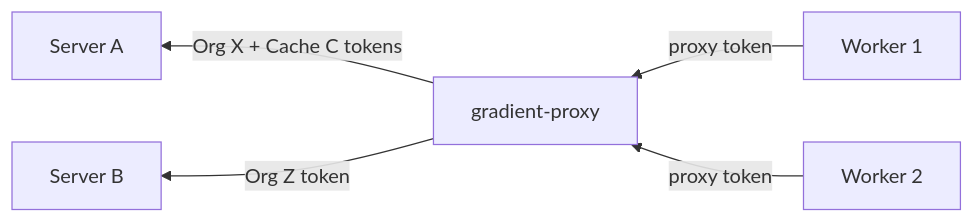
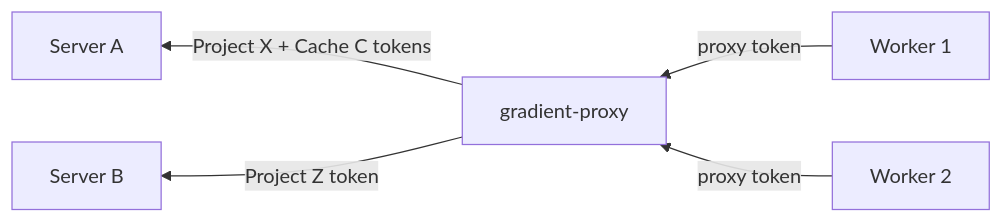
Diagram 21 of 26 in docs/src/development/proto.md (wavelens/gradient), drawn with Mermaid before and after one commit. The commit also changed other lines of this file and 435 other files, not shown here.

````diff
--- a/docs/src/development/proto.md
+++ b/docs/src/development/proto.md
@@ -1202,7 +1202,7 @@
 ```mermaid
 graph RL
     W1[Worker 1] -->|"proxy token"| P[gradient-proxy]
     W2[Worker 2] -->|"proxy token"| P
-    P -->|"Org X + Cache C tokens"| SA[Server A]
-    P -->|"Org Z token"| SB[Server B]
+    P -->|"Project X + Cache C tokens"| SA[Server A]
+    P -->|"Project Z token"| SB[Server B]
 ```
````
